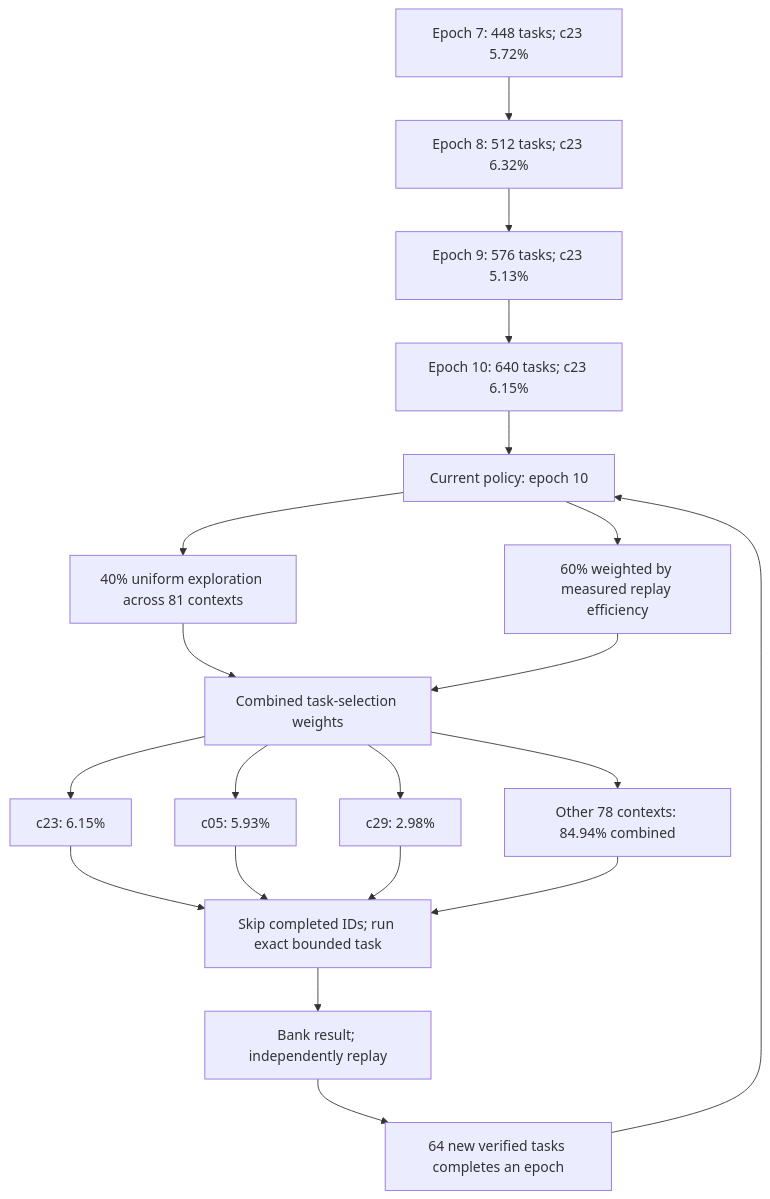
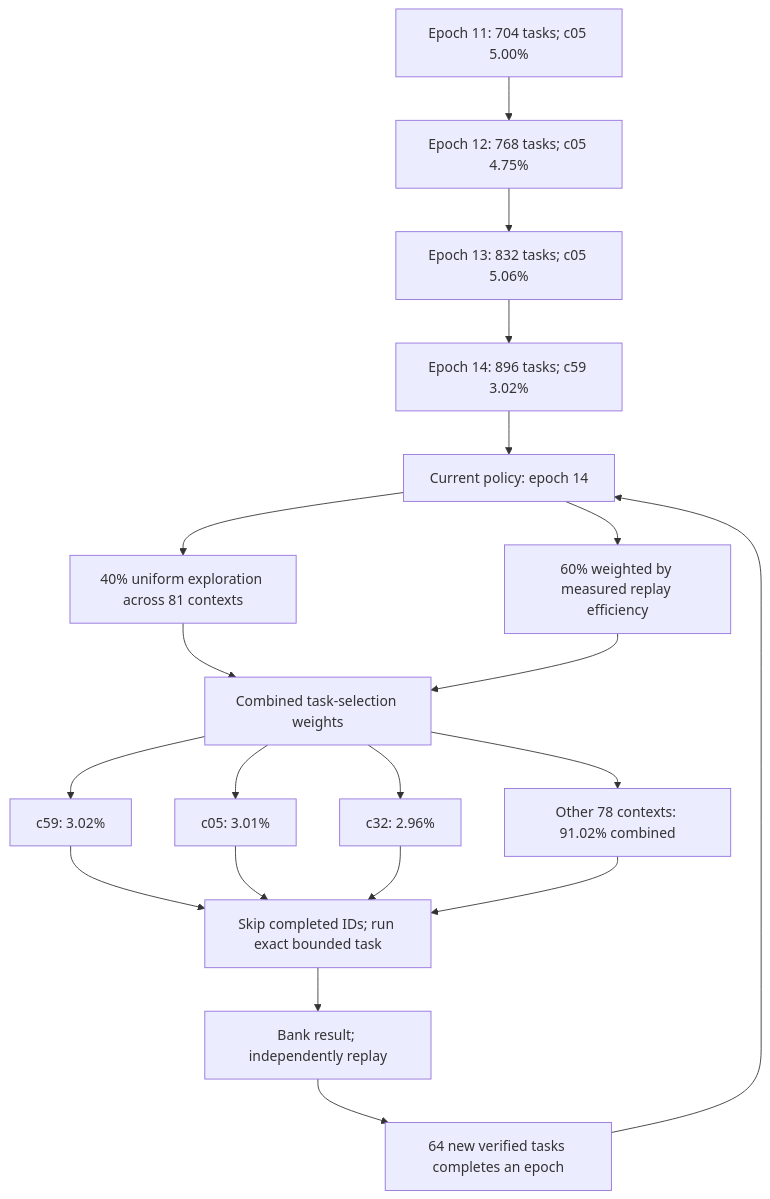
The diagram in README.md (Kuberwastaken/math-gambling), drawn with Mermaid before and after one commit. The commit also changed other lines of this file and 594 other files, not shown here.

````diff
--- a/README.md
+++ b/README.md
@@ -47,27 +48,27 @@
 ```mermaid
 flowchart TD
-    H0["Epoch 7: 448 tasks; c23 5.72%"]
-    H1["Epoch 8: 512 tasks; c23 6.32%"]
+    H0["Epoch 11: 704 tasks; c05 5.00%"]
+    H1["Epoch 12: 768 tasks; c05 4.75%"]
     H0 --> H1
-    H2["Epoch 9: 576 tasks; c23 5.13%"]
+    H2["Epoch 13: 832 tasks; c05 5.06%"]
     H1 --> H2
-    H3["Epoch 10: 640 tasks; c23 6.15%"]
+    H3["Epoch 14: 896 tasks; c59 3.02%"]
     H2 --> H3
-    Policy["Current policy: epoch 10"]
+    Policy["Current policy: epoch 14"]
     H3 --> Policy
     Policy --> Explore["40% uniform exploration across 81 contexts"]
     Policy --> Cost["60% weighted by measured replay efficiency"]
     Explore --> Mix["Combined task-selection weights"]
     Cost --> Mix
-    Mix --> C0["c23: 6.15%"]
-    Mix --> C1["c05: 5.93%"]
-    Mix --> C2["c29: 2.98%"]
-    Mix --> Rest["Other 78 contexts: 84.94% combined"]
+    Mix --> C0["c59: 3.02%"]
+    Mix --> C1["c05: 3.01%"]
+    Mix --> C2["c32: 2.96%"]
+    Mix --> Rest["Other 78 contexts: 91.02% combined"]
     C0 --> Check["Skip completed IDs; run exact bounded task"]
     C1 --> Check
     C2 --> Check
     Rest --> Check
     Check --> Replay["Bank result; independently replay"]
     Replay --> Gate["64 new verified tasks completes an epoch"]
     Gate --> Policy
 ```
````
